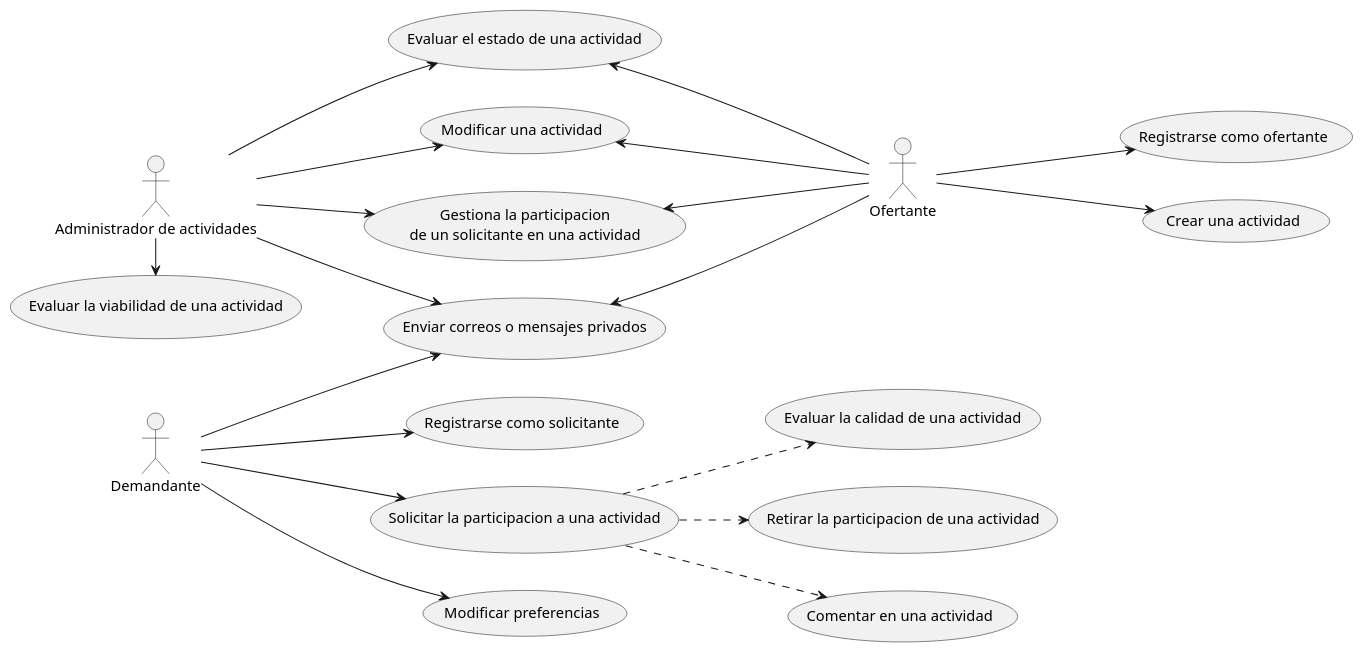
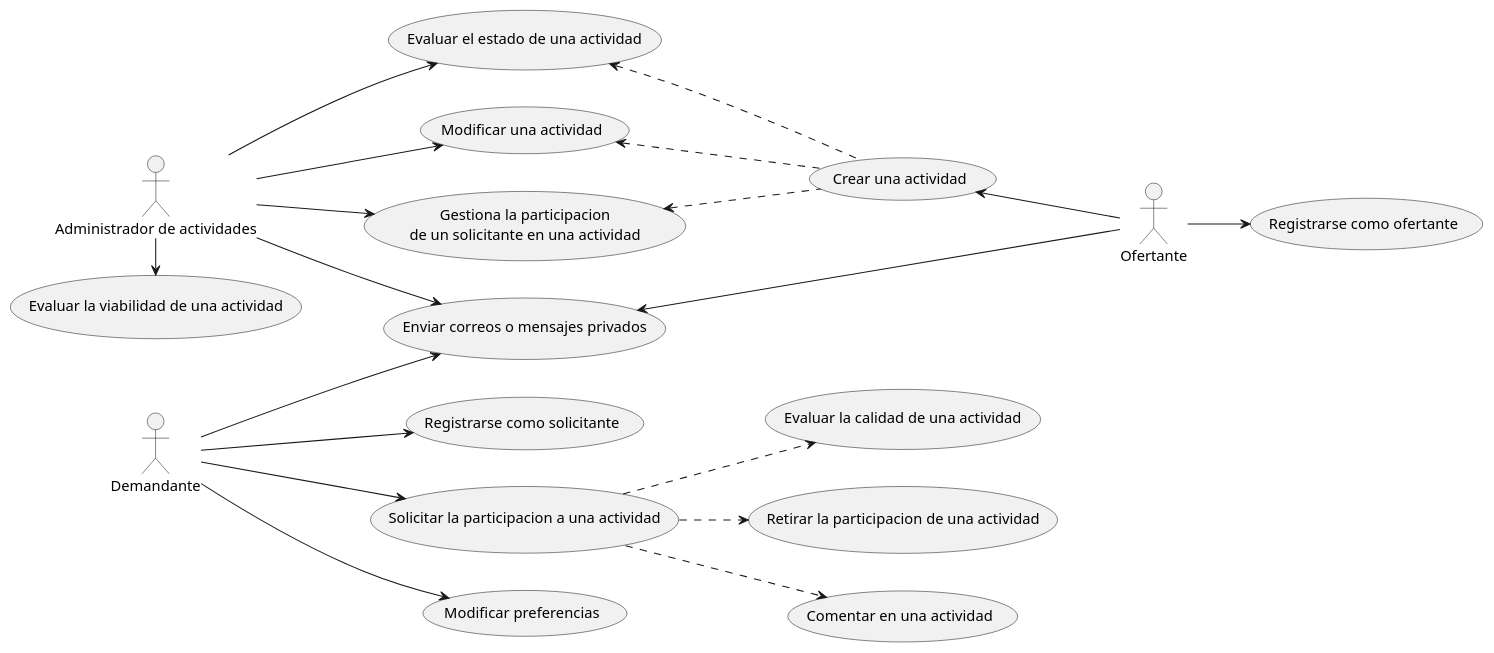
One commit to CarlosRA97/AprendizajeServicioVoluntario changed the diagram in uml/casos_de_uso.puml. Above: the diagram before and after it, drawn with PlantUML.

```diff
--- a/uml/casos_de_uso.puml
+++ b/uml/casos_de_uso.puml
@@ -1,57 +1,57 @@
 @startuml casos_de_uso
 
 ' Actores
 actor Admin     as "Administrador de actividades"
 actor Demand    as "Demandante"
 actor Offer     as "Ofertante"
 
 ' Casos de uso
 (Registrarse como solicitante)                  as RegisterDemand
 (Registrarse como ofertante)                    as RegisterOffer
 (Solicitar la participacion a una actividad)    as RequestActivity
 (Evaluar la calidad de una actividad)           as EvaluateQuality
 (Evaluar la viabilidad de una actividad)        as EvaluateViability
 (Enviar correos o mensajes privados)            as SendMessages
 (Retirar la participacion de una actividad)     as RemoveParticipation
 (Comentar en una actividad)                     as CommentActivity
 (Modificar una actividad)                       as ModifyActivity
 (Evaluar el estado de una actividad)            as EvaluateActivityStatus
 (Crear una actividad)                           as CreateActivity
 (Modificar preferencias)                        as ModifyPrefernces
 usecase ManageParticipation as "Gestiona la participacion
 de un solicitante en una actividad"
 
 
 left to right direction
 
 ' Operaciones de Demandante
 Demand -down-> SendMessages
 
 Demand --> RegisterDemand
 Demand --> RequestActivity
 Demand --> ModifyPrefernces
 
 RequestActivity ..> EvaluateQuality
 RequestActivity ..> RemoveParticipation
 RequestActivity ..> CommentActivity
 
 ' Operaciones de Administrador
 Admin -down-> SendMessages
 
 Admin -right-> EvaluateViability
 ' Compartido con ofertante
 Admin --> ManageParticipation
 Admin --> ModifyActivity
 Admin --> EvaluateActivityStatus
 
 ' Operaciones de Ofertante
 Offer -up-> SendMessages
 
 Offer -down-> RegisterOffer
-Offer -down-> CreateActivity
-' Compartido con administrador
-Offer -up-> ManageParticipation
-Offer -up-> ModifyActivity
-Offer -up-> EvaluateActivityStatus
+Offer -up-> CreateActivity
+
+CreateActivity .up.> ManageParticipation
+CreateActivity .up.> ModifyActivity
+CreateActivity .up.> EvaluateActivityStatus
 
 @enduml
```
